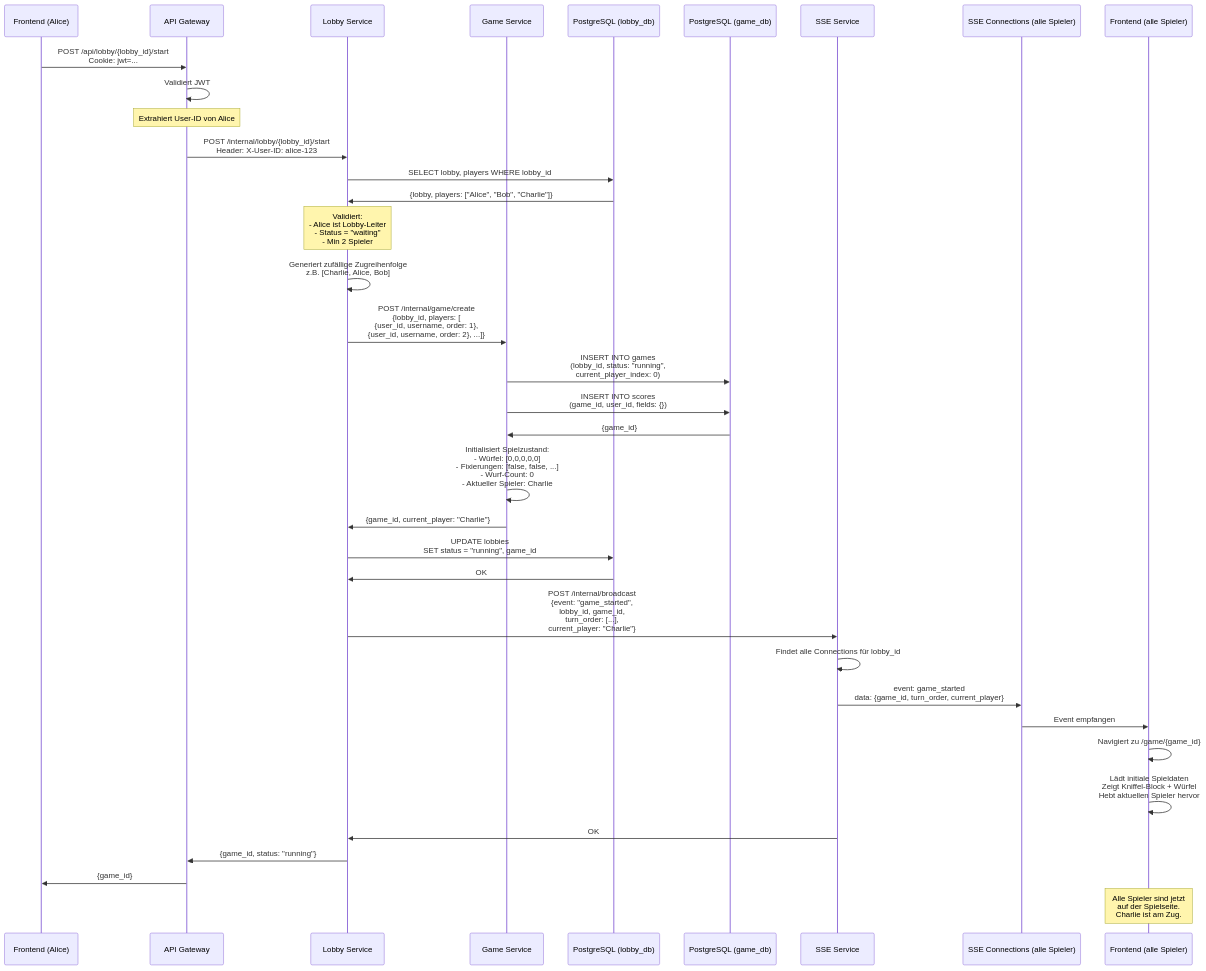
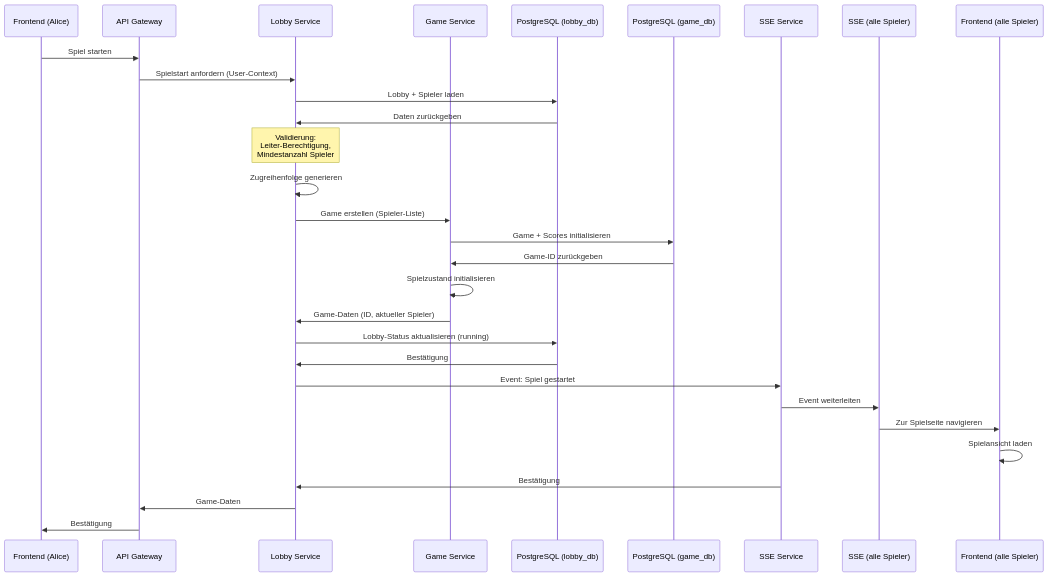
The third of 10 diagrams in Sequenzdiagramme.md (KnuffelGame/Project-Management), drawn with Mermaid before and after one commit. The commit also changed other lines of this file, not shown here.

````diff
--- a/Sequenzdiagramme.md
+++ b/Sequenzdiagramme.md
@@ -128,56 +150,45 @@
 ```mermaid
 sequenceDiagram
     participant Frontend_Alice as Frontend (Alice)
     participant Gateway as API Gateway
     participant Lobby as Lobby Service
     participant Game as Game Service
     participant DB_Lobby as PostgreSQL (lobby_db)
     participant DB_Game as PostgreSQL (game_db)
     participant SSE as SSE Service
-    participant SSE_Connections as SSE Connections (alle Spieler)
+    participant SSE_All as SSE (alle Spieler)
     participant Frontend_All as Frontend (alle Spieler)
 
-    Frontend_Alice->>Gateway: POST /api/lobby/{lobby_id}/start<br/>Cookie: jwt=...
+    Frontend_Alice->>Gateway: Spiel starten
     
-    Gateway->>Gateway: Validiert JWT
-    Note over Gateway: Extrahiert User-ID von Alice
+    Gateway->>Lobby: Spielstart anfordern (User-Context)
     
-    Gateway->>Lobby: POST /internal/lobby/{lobby_id}/start<br/>Header: X-User-ID: alice-123
+    Lobby->>DB_Lobby: Lobby + Spieler laden
+    DB_Lobby->>Lobby: Daten zurückgeben
     
-    Lobby->>DB_Lobby: SELECT lobby, players WHERE lobby_id
-    DB_Lobby->>Lobby: {lobby, players: ["Alice", "Bob", "Charlie"]}
+    Note over Lobby: Validierung:<br/>Leiter-Berechtigung,<br/>Mindestanzahl Spieler
     
-    Note over Lobby: Validiert:<br/>- Alice ist Lobby-Leiter<br/>- Status = "waiting"<br/>- Min 2 Spieler
+    Lobby->>Lobby: Zugreihenfolge generieren
     
-    Lobby->>Lobby: Generiert zufällige Zugreihenfolge<br/>z.B. [Charlie, Alice, Bob]
+    Lobby->>Game: Game erstellen (Spieler-Liste)
     
-    Lobby->>Game: POST /internal/game/create<br/>{lobby_id, players: [<br/>{user_id, username, order: 1},<br/>{user_id, username, order: 2}, ...]}
+    Game->>DB_Game: Game + Scores initialisieren
+    DB_Game->>Game: Game-ID zurückgeben
     
-    Game->>DB_Game: INSERT INTO games<br/>(lobby_id, status: "running",<br/>current_player_index: 0)
-    Game->>DB_Game: INSERT INTO scores<br/>(game_id, user_id, fields: {})
-    DB_Game->>Game: {game_id}
+    Game->>Game: Spielzustand initialisieren
     
-    Game->>Game: Initialisiert Spielzustand:<br/>- Würfel: [0,0,0,0,0]<br/>- Fixierungen: [false, false, ...]<br/>- Wurf-Count: 0<br/>- Aktueller Spieler: Charlie
+    Game->>Lobby: Game-Daten (ID, aktueller Spieler)
     
-    Game->>Lobby: {game_id, current_player: "Charlie"}
+    Lobby->>DB_Lobby: Lobby-Status aktualisieren (running)
+    DB_Lobby->>Lobby: Bestätigung
     
-    Lobby->>DB_Lobby: UPDATE lobbies<br/>SET status = "running", game_id
-    DB_Lobby->>Lobby: OK
+    Lobby->>SSE: Event: Spiel gestartet
     
-    Lobby->>SSE: POST /internal/broadcast<br/>{event: "game_started",<br/>lobby_id, game_id,<br/>turn_order: [...],<br/>current_player: "Charlie"}
+    SSE->>SSE_All: Event weiterleiten
+    SSE_All->>Frontend_All: Zur Spielseite navigieren
+    Frontend_All->>Frontend_All: Spielansicht laden
     
-    SSE->>SSE: Findet alle Connections für lobby_id
-    SSE->>SSE_Connections: event: game_started<br/>data: {game_id, turn_order, current_player}
-    
-    SSE_Connections->>Frontend_All: Event empfangen
-    
-    Frontend_All->>Frontend_All: Navigiert zu /game/{game_id}
-    Frontend_All->>Frontend_All: Lädt initiale Spieldaten<br/>Zeigt Kniffel-Block + Würfel<br/>Hebt aktuellen Spieler hervor
-    
-    SSE->>Lobby: OK
-    
-    Lobby->>Gateway: {game_id, status: "running"}
-    Gateway->>Frontend_Alice: {game_id}
-    
-    Note over Frontend_All: Alle Spieler sind jetzt<br/>auf der Spielseite.<br/>Charlie ist am Zug.
+    SSE->>Lobby: Bestätigung
+    Lobby->>Gateway: Game-Daten
+    Gateway->>Frontend_Alice: Bestätigung
 ```
````
